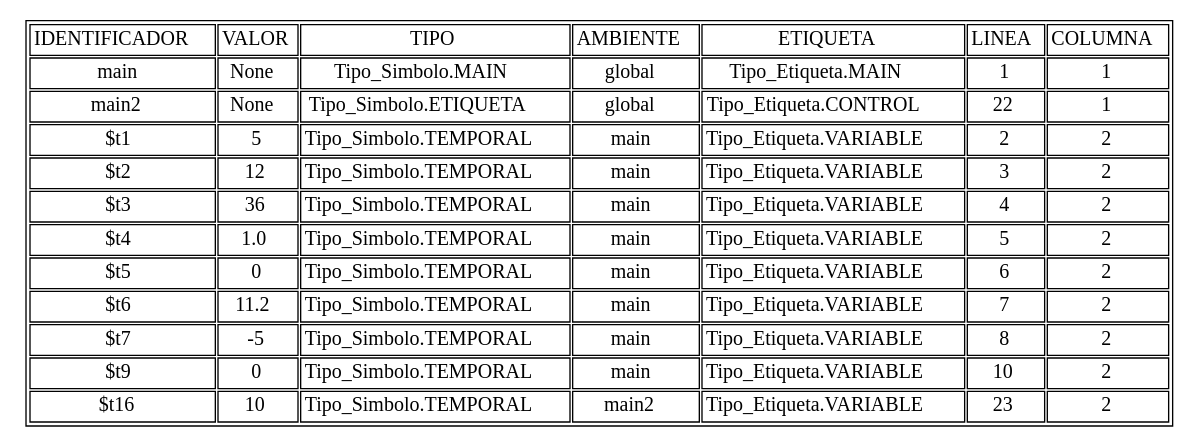
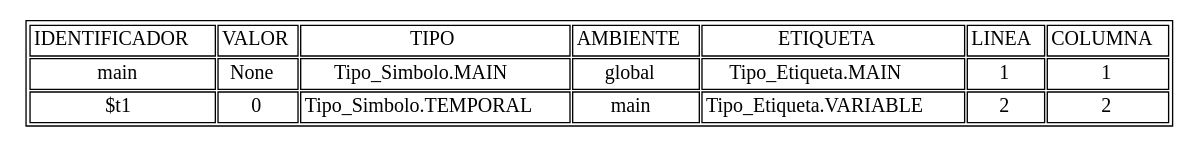
Before and after one commit to AndreeAvalos/OLC2-AUGUS: the diagram in tablasimbolos.dot, drawn with Graphviz. The commit also changed 8 other files, not shown here.

```diff
--- a/tablasimbolos.dot
+++ b/tablasimbolos.dot
@@ -1,19 +1,10 @@
 digraph tabla{
 graph [ratio=fill];node [label="\N", fontsize=15, shape=plaintext];
 graph [bb="0,0,352,154"];
 arset [label=<<TABLE ALIGN="LEFT">
 <TR><TD>IDENTIFICADOR</TD><TD>VALOR</TD><TD>TIPO</TD><TD>AMBIENTE</TD><TD>ETIQUETA</TD><TD>LINEA</TD><TD>COLUMNA</TD></TR>
 <TR><TD>main</TD><TD>None</TD><TD>Tipo_Simbolo.MAIN</TD><TD>global</TD><TD>Tipo_Etiqueta.MAIN</TD><TD>1</TD><TD>1</TD></TR>
-<TR><TD>main2</TD><TD>None</TD><TD>Tipo_Simbolo.ETIQUETA</TD><TD>global</TD><TD>Tipo_Etiqueta.CONTROL</TD><TD>22</TD><TD>1</TD></TR>
-<TR><TD>$t1</TD><TD>5</TD><TD>Tipo_Simbolo.TEMPORAL</TD><TD>main</TD><TD>Tipo_Etiqueta.VARIABLE</TD><TD>2</TD><TD>2</TD></TR>
-<TR><TD>$t2</TD><TD>12</TD><TD>Tipo_Simbolo.TEMPORAL</TD><TD>main</TD><TD>Tipo_Etiqueta.VARIABLE</TD><TD>3</TD><TD>2</TD></TR>
-<TR><TD>$t3</TD><TD>36</TD><TD>Tipo_Simbolo.TEMPORAL</TD><TD>main</TD><TD>Tipo_Etiqueta.VARIABLE</TD><TD>4</TD><TD>2</TD></TR>
-<TR><TD>$t4</TD><TD>1.0</TD><TD>Tipo_Simbolo.TEMPORAL</TD><TD>main</TD><TD>Tipo_Etiqueta.VARIABLE</TD><TD>5</TD><TD>2</TD></TR>
-<TR><TD>$t5</TD><TD>0</TD><TD>Tipo_Simbolo.TEMPORAL</TD><TD>main</TD><TD>Tipo_Etiqueta.VARIABLE</TD><TD>6</TD><TD>2</TD></TR>
-<TR><TD>$t6</TD><TD>11.2</TD><TD>Tipo_Simbolo.TEMPORAL</TD><TD>main</TD><TD>Tipo_Etiqueta.VARIABLE</TD><TD>7</TD><TD>2</TD></TR>
-<TR><TD>$t7</TD><TD>-5</TD><TD>Tipo_Simbolo.TEMPORAL</TD><TD>main</TD><TD>Tipo_Etiqueta.VARIABLE</TD><TD>8</TD><TD>2</TD></TR>
-<TR><TD>$t9</TD><TD>0</TD><TD>Tipo_Simbolo.TEMPORAL</TD><TD>main</TD><TD>Tipo_Etiqueta.VARIABLE</TD><TD>10</TD><TD>2</TD></TR>
-<TR><TD>$t16</TD><TD>10</TD><TD>Tipo_Simbolo.TEMPORAL</TD><TD>main2</TD><TD>Tipo_Etiqueta.VARIABLE</TD><TD>23</TD><TD>2</TD></TR>
+<TR><TD>$t1</TD><TD>0</TD><TD>Tipo_Simbolo.TEMPORAL</TD><TD>main</TD><TD>Tipo_Etiqueta.VARIABLE</TD><TD>2</TD><TD>2</TD></TR>
 </TABLE>
 >, ];
 }
```
